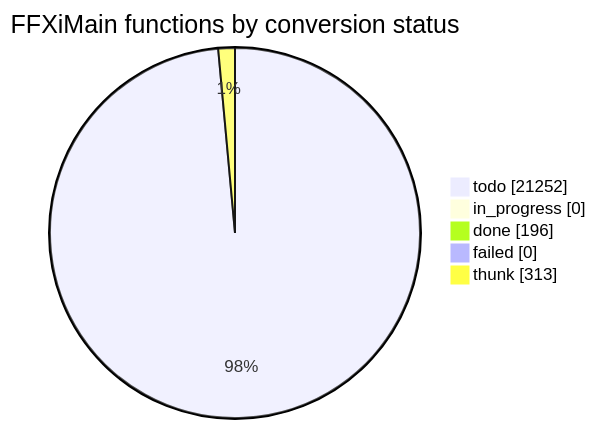
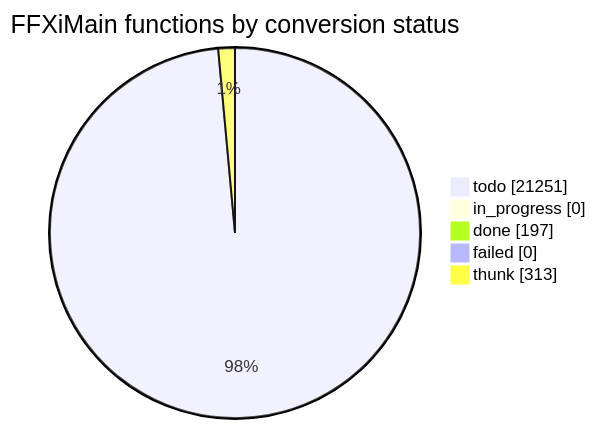
Before and after one commit to cowrevenge/cow_kuluu_xi_anything: the diagram in docs/cow/STATUS.md, drawn with Mermaid. The commit also changed other lines of this file and 9 other files, not shown here.

````diff
--- a/docs/cow/STATUS.md
+++ b/docs/cow/STATUS.md
@@ -18,9 +18,9 @@
 ```mermaid
 pie showData
     title FFXiMain functions by conversion status
-    "todo" : 21252
+    "todo" : 21251
     "in_progress" : 0
-    "done" : 196
+    "done" : 197
     "failed" : 0
     "thunk" : 313
 ```
````
